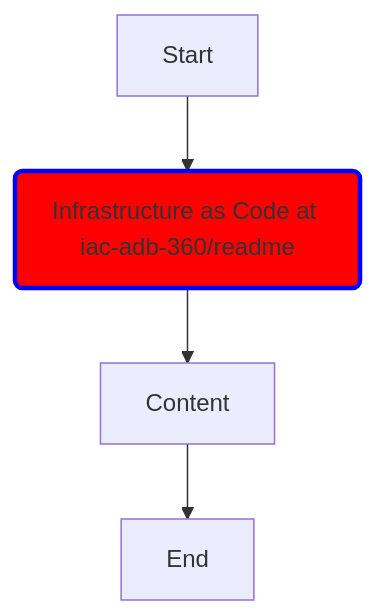
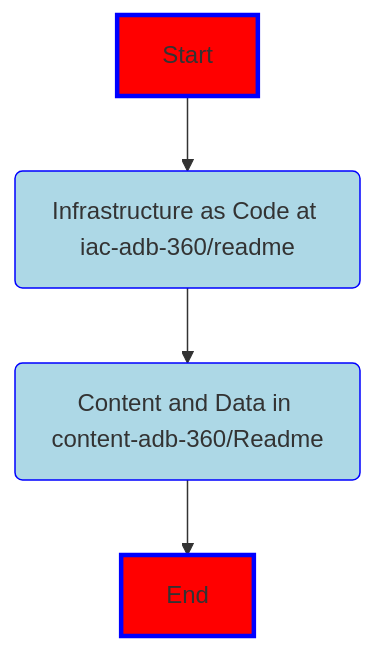
Before and after one commit to Azure/Databricks360: the diagram in README.md, drawn with Mermaid.

````diff
--- a/README.md
+++ b/README.md
@@ -30,8 +30,11 @@
 ```mermaid
 flowchart TD
 Start --> IaC(Infrastructure as Code at iac-adb-360/readme)
-style IaC fill:red,stroke:blue,stroke-width:3px,shadow:shadow
-IaC --> Content;
-Content --> End;
+style Start fill:red,stroke:blue,stroke-width:3px,shadow:shadow
+IaC --> Content(Content and Data in content-adb-360/Readme)
+style IaC fill:lightblue,stroke:blue,stroke-witdth:3px,shadow:shadow
+Content --> End
+style Content fill:lightblue,stroke:blue,stroke-witdth:3px,shadow:shadow
+style End fill:red,stroke:blue,stroke-width:3px,shadow:shadow
 
 ```
````
